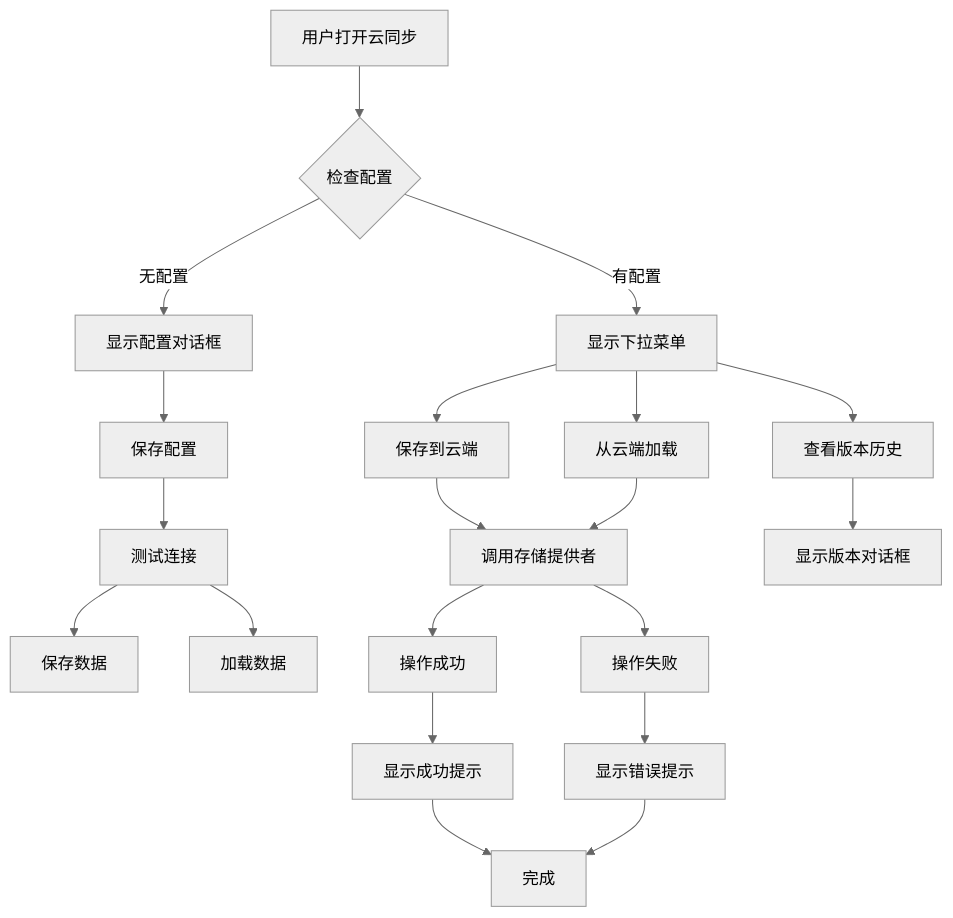
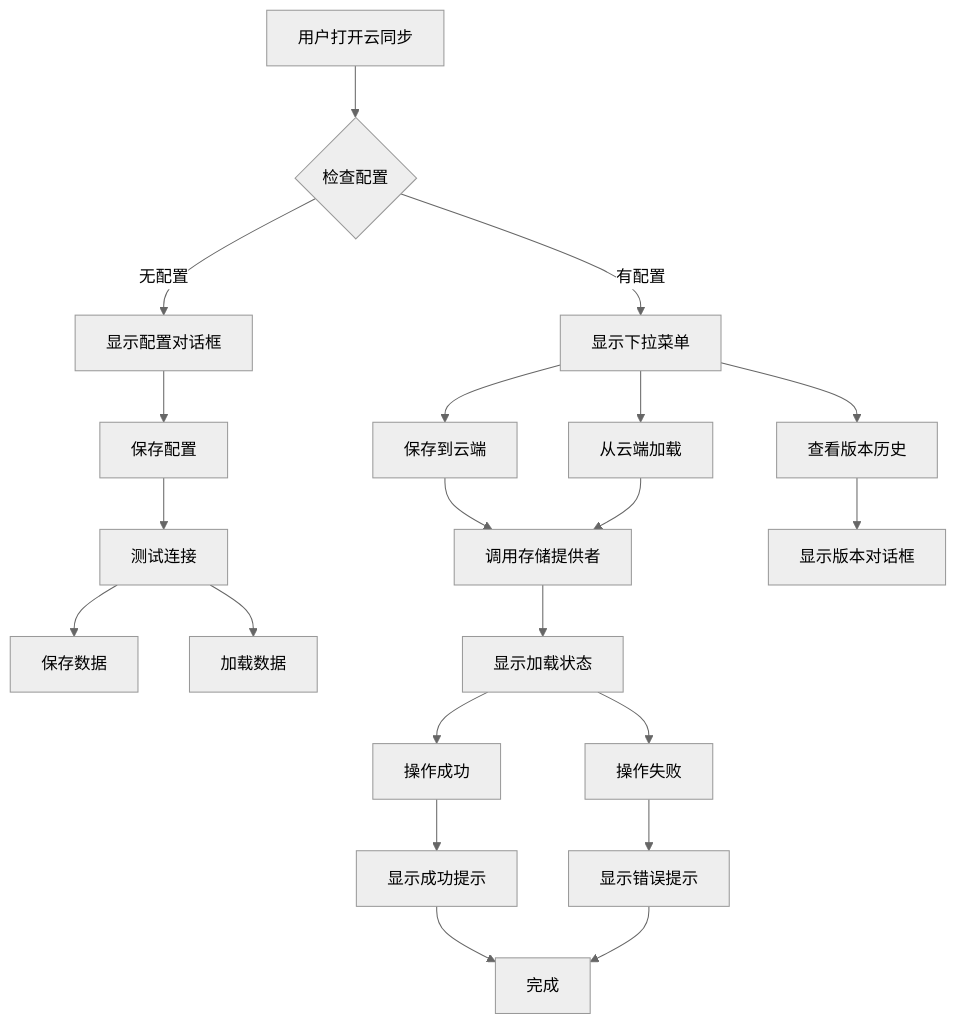
The fifth of 9 diagrams in .qoder/repowiki/zh/content/用户指南/数据管理/云同步集成.md (steveyu2/formula-mapper), drawn with Mermaid (neutral theme) before and after one commit. The commit also changed other lines of this file and 7 other files, not shown here.

````diff
--- a/.qoder/repowiki/zh/content/用户指南/数据管理/云同步集成.md
+++ b/.qoder/repowiki/zh/content/用户指南/数据管理/云同步集成.md
@@ -222,22 +241,23 @@
 ```mermaid
 flowchart TD
 Start[用户打开云同步] --> CheckConfig{检查配置}
 CheckConfig --> |无配置| ShowModal[显示配置对话框]
 CheckConfig --> |有配置| ShowDropdown[显示下拉菜单]
 ShowModal --> SaveConfig[保存配置]
 SaveConfig --> TestConnection[测试连接]
 TestConnection --> SaveData[保存数据]
 TestConnection --> LoadData[加载数据]
 ShowDropdown --> SaveToCloud[保存到云端]
 ShowDropdown --> LoadFromCloud[从云端加载]
 ShowDropdown --> ViewVersions[查看版本历史]
 SaveToCloud --> ProviderCall[调用存储提供者]
 LoadFromCloud --> ProviderCall
 ViewVersions --> VersionModal[显示版本对话框]
-ProviderCall --> Success[操作成功]
-ProviderCall --> Error[操作失败]
+ProviderCall --> LoadingState[显示加载状态]
+LoadingState --> Success[操作成功]
+LoadingState --> Error[操作失败]
 Success --> Toast[显示成功提示]
 Error --> ToastError[显示错误提示]
 Toast --> End[完成]
 ToastError --> End
 ```
````
